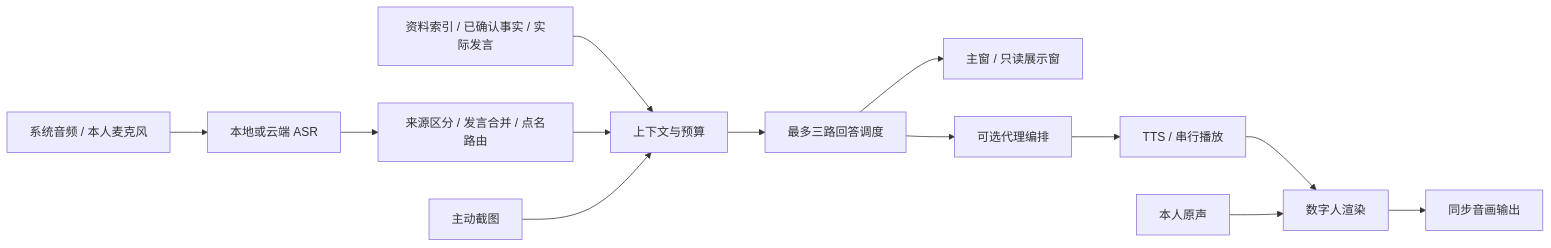
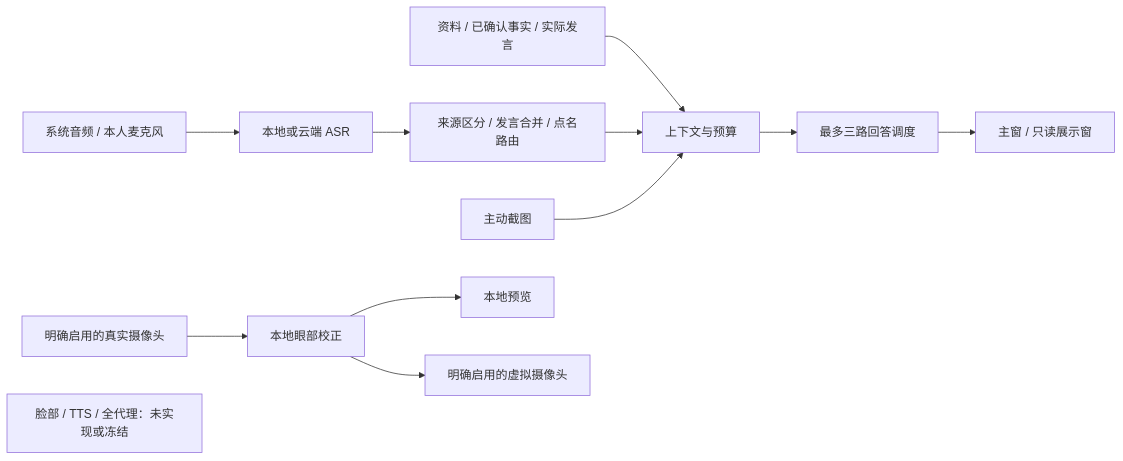
The diagram in docs/PRD-v2.0.md (Jinchun-Liu/TingXian), drawn with Mermaid before and after one commit. The commit also changed other lines of this file and 6 other files, not shown here.

````diff
--- a/docs/PRD-v2.0.md
+++ b/docs/PRD-v2.0.md
@@ -455,15 +399,14 @@
 ```mermaid
 flowchart LR
   A[系统音频 / 本人麦克风] --> B[本地或云端 ASR]
   B --> C[来源区分 / 发言合并 / 点名路由]
-  D[资料索引 / 已确认事实 / 实际发言] --> E[上下文与预算]
+  D[资料 / 已确认事实 / 实际发言] --> E[上下文与预算]
   C --> E
   F[主动截图] --> E
   E --> G[最多三路回答调度]
   G --> H[主窗 / 只读展示窗]
-  G --> I[可选代理编排]
-  I --> J[TTS / 串行播放]
-  J --> K[数字人渲染]
-  L[本人原声] --> K
-  K --> M[同步音画输出]
+  V[明确启用的真实摄像头] --> X[本地眼部校正]
+  X --> P[本地预览]
+  X --> S[明确启用的虚拟摄像头]
+  Q[脸部 / TTS / 全代理：未实现或冻结]
 ```
````
